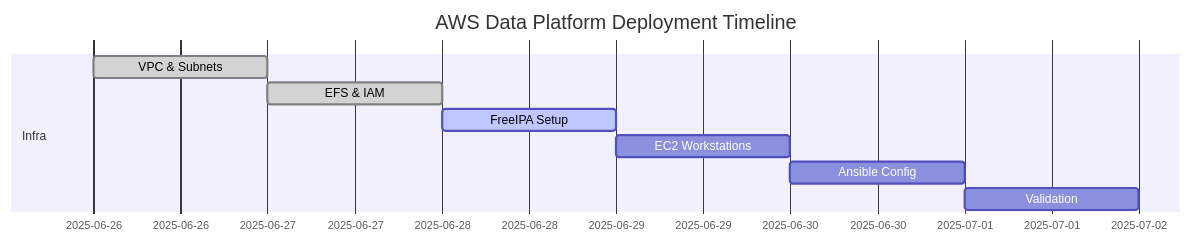
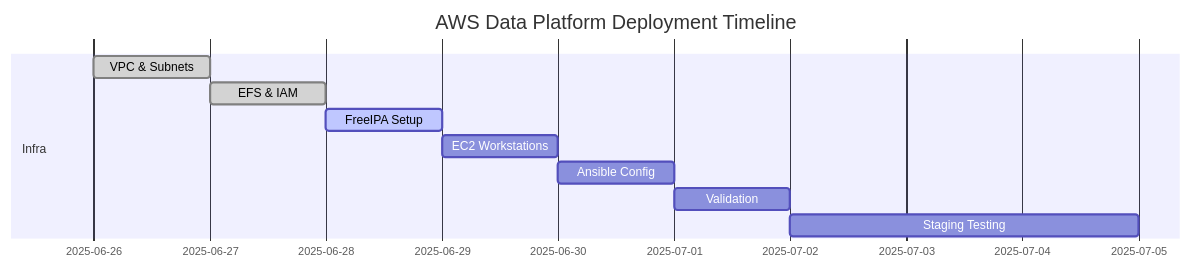
The diagram in docusaurus_stub/docs/report_a01.md (ngohongthong1832004/interview-DE), drawn with Mermaid before and after one commit. The commit also changed other lines of this file and 8 other files, not shown here.

````diff
--- a/docusaurus_stub/docs/report_a01.md
+++ b/docusaurus_stub/docs/report_a01.md
@@ -763,11 +1013,12 @@
 ```mermaid
 gantt
 title AWS Data Platform Deployment Timeline
     section Infra
     VPC & Subnets      :done,  d1, 2025-06-26, 1d
     EFS & IAM          :done,  d2, 2025-06-27, 1d
     FreeIPA Setup      :active, d3, 2025-06-28, 1d
     EC2 Workstations   :        d4, 2025-06-29, 1d
     Ansible Config     :        d5, 2025-06-30, 1d
     Validation         :        d6, 2025-07-01, 1d
+    Staging Testing    :        d7, 2025-07-02, 3d
 ```
````
